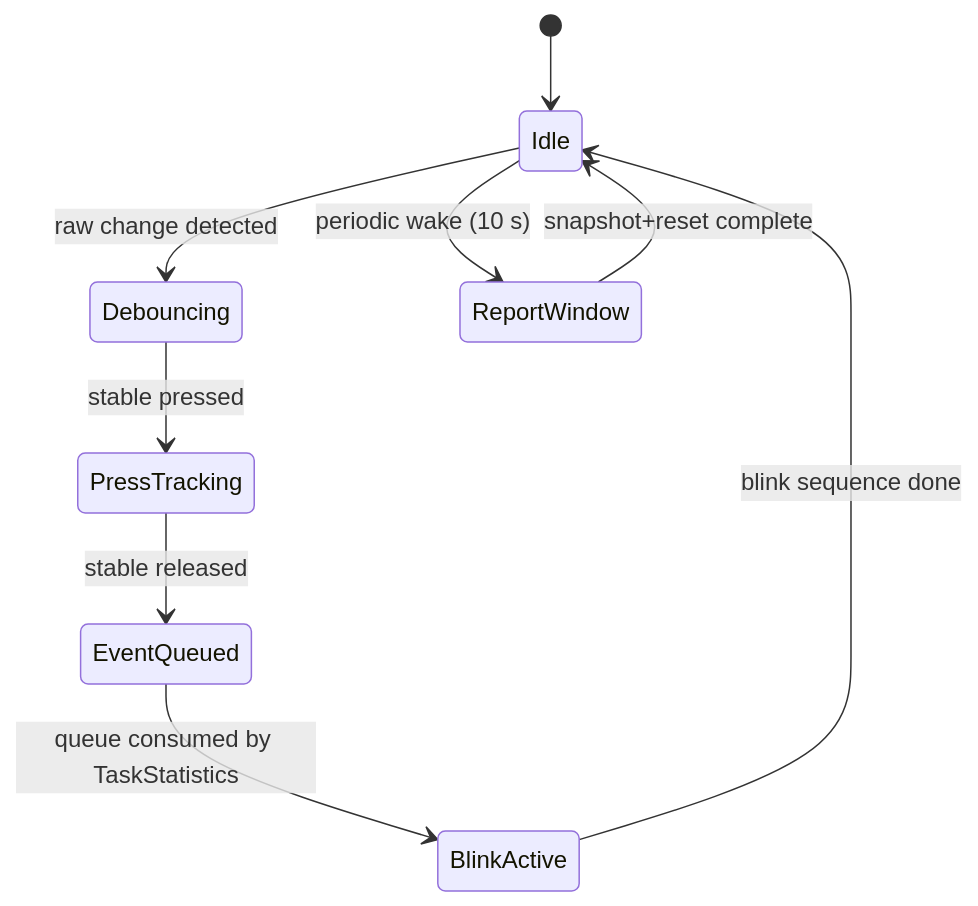
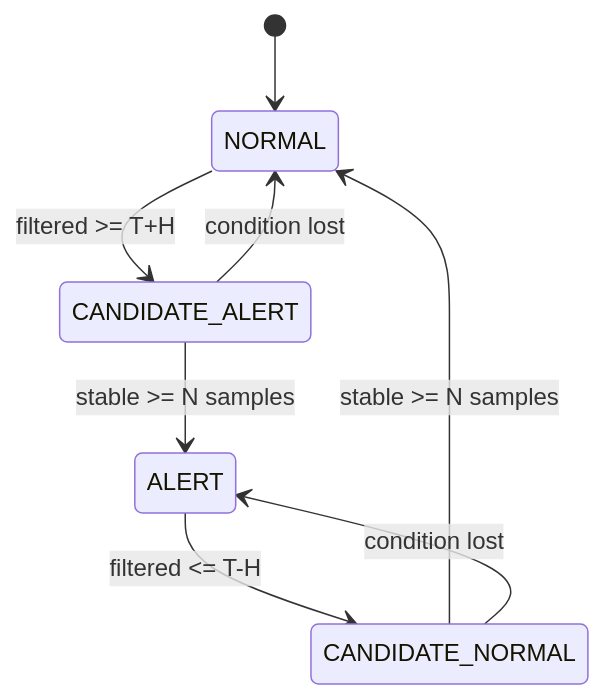
Before and after one commit to danganhuh/ES_labs: the fifth of 7 diagrams in lib/reports/LAB2_REPORT.md, drawn with Mermaid. The commit also changed other lines of this file and 14 other files, not shown here.

````diff
--- a/lib/reports/LAB2_REPORT.md
+++ b/lib/reports/LAB2_REPORT.md
@@ -182,11 +205,11 @@
 ```mermaid
 stateDiagram-v2
-	[*] --> Idle
-	Idle --> Debouncing: raw change detected
-	Debouncing --> PressTracking: stable pressed
-	PressTracking --> EventQueued: stable released
-	EventQueued --> BlinkActive: queue consumed by TaskStatistics
-	BlinkActive --> Idle: blink sequence done
-	Idle --> ReportWindow: periodic wake (10 s)
-	ReportWindow --> Idle: snapshot+reset complete
+    [*] --> NORMAL
+    NORMAL --> CANDIDATE_ALERT: filtered >= T+H
+    CANDIDATE_ALERT --> ALERT: stable >= N samples
+    CANDIDATE_ALERT --> NORMAL: condition lost
+
+    ALERT --> CANDIDATE_NORMAL: filtered <= T-H
+    CANDIDATE_NORMAL --> NORMAL: stable >= N samples
+    CANDIDATE_NORMAL --> ALERT: condition lost
 ```
````
